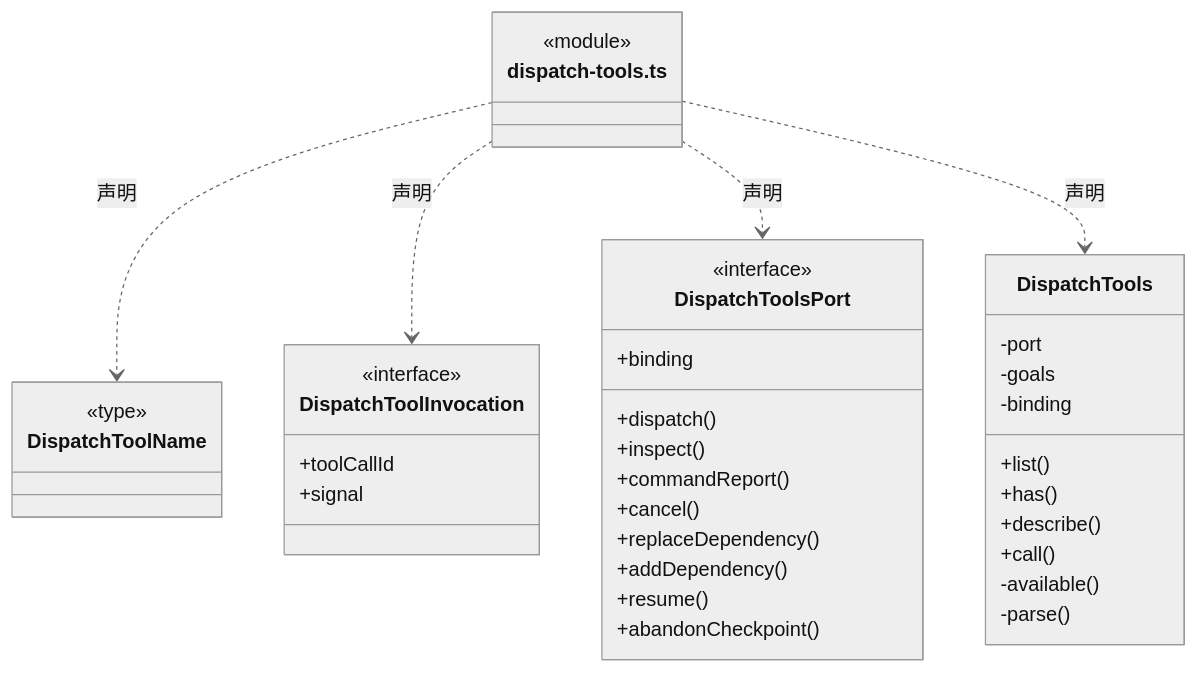
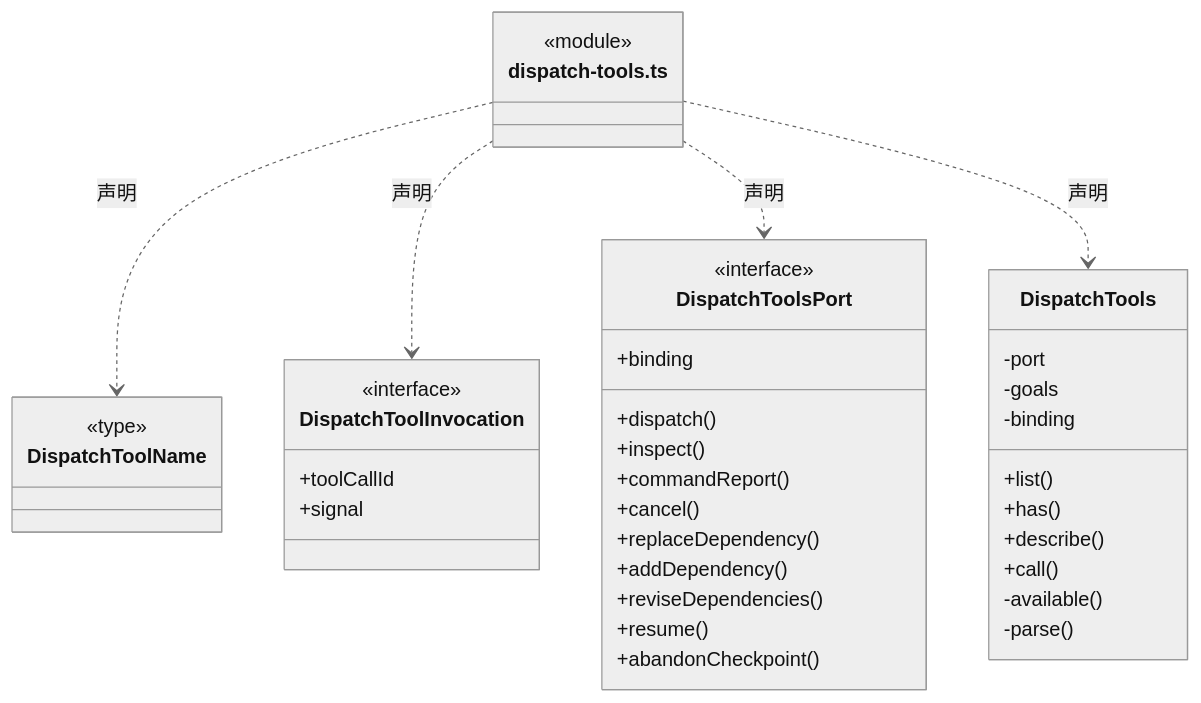
Before and after one commit to nan023062/cbim: the second of 14 diagrams in src/backend/scheduler-engine/tools/ARCHITECTURE.md, drawn with Mermaid (neutral theme). The commit also changed other lines of this file and 56 other files, not shown here.

````diff
--- a/src/backend/scheduler-engine/tools/ARCHITECTURE.md
+++ b/src/backend/scheduler-engine/tools/ARCHITECTURE.md
@@ -41,42 +41,43 @@
 ```mermaid
 classDiagram
 class N_src_backend_scheduler_engine_tools_dispatch_tools_ts["dispatch-tools.ts"] {
   <<module>>
 }
 class N_src_backend_scheduler_engine_tools_dispatch_tools_ts_DispatchToolName["DispatchToolName"] {
   <<type>>
 
 }
 N_src_backend_scheduler_engine_tools_dispatch_tools_ts ..> N_src_backend_scheduler_engine_tools_dispatch_tools_ts_DispatchToolName : 声明
 class N_src_backend_scheduler_engine_tools_dispatch_tools_ts_DispatchToolInvocation["DispatchToolInvocation"] {
   <<interface>>
   +toolCallId
   +signal
 }
 N_src_backend_scheduler_engine_tools_dispatch_tools_ts ..> N_src_backend_scheduler_engine_tools_dispatch_tools_ts_DispatchToolInvocation : 声明
 class N_src_backend_scheduler_engine_tools_dispatch_tools_ts_DispatchToolsPort["DispatchToolsPort"] {
   <<interface>>
   +binding
   +dispatch()
   +inspect()
   +commandReport()
   +cancel()
   +replaceDependency()
   +addDependency()
+  +reviseDependencies()
   +resume()
   +abandonCheckpoint()
 }
 N_src_backend_scheduler_engine_tools_dispatch_tools_ts ..> N_src_backend_scheduler_engine_tools_dispatch_tools_ts_DispatchToolsPort : 声明
 class N_src_backend_scheduler_engine_tools_dispatch_tools_ts_DispatchTools["DispatchTools"] {
   +list()
   +has()
   +describe()
   +call()
   -port
   -goals
   -binding
   -available()
   -parse()
 }
 N_src_backend_scheduler_engine_tools_dispatch_tools_ts ..> N_src_backend_scheduler_engine_tools_dispatch_tools_ts_DispatchTools : 声明
 ```
````
